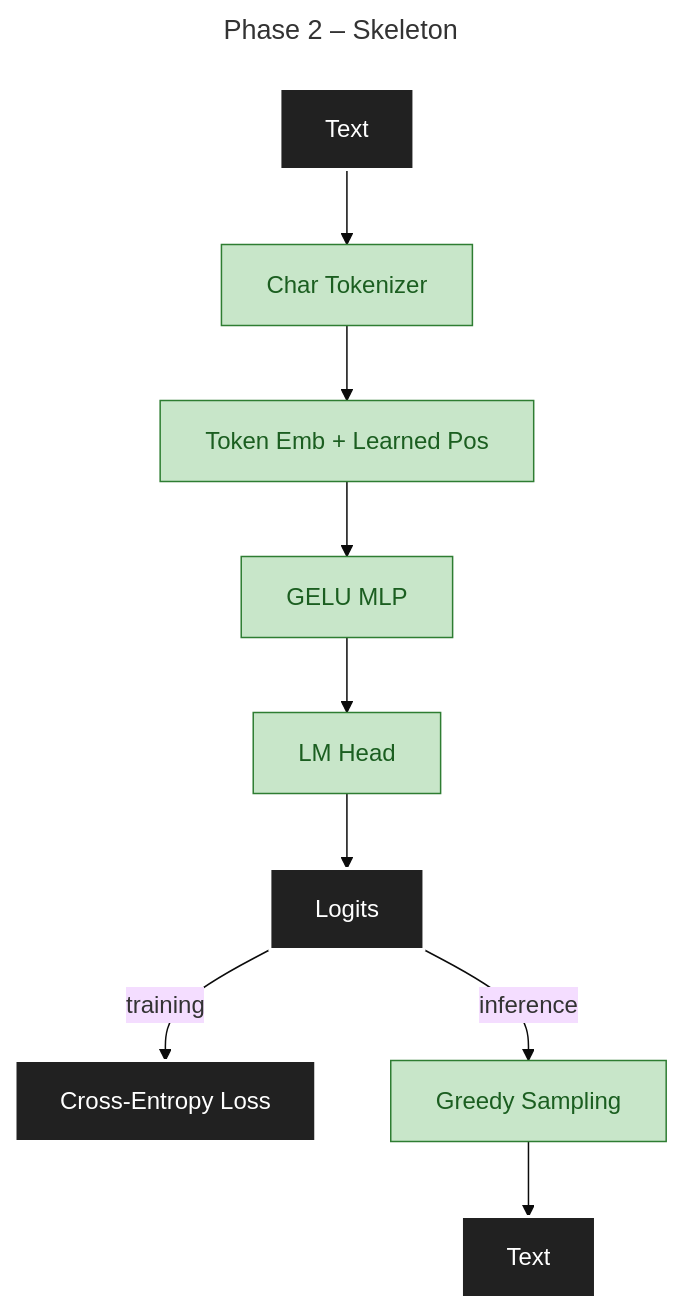
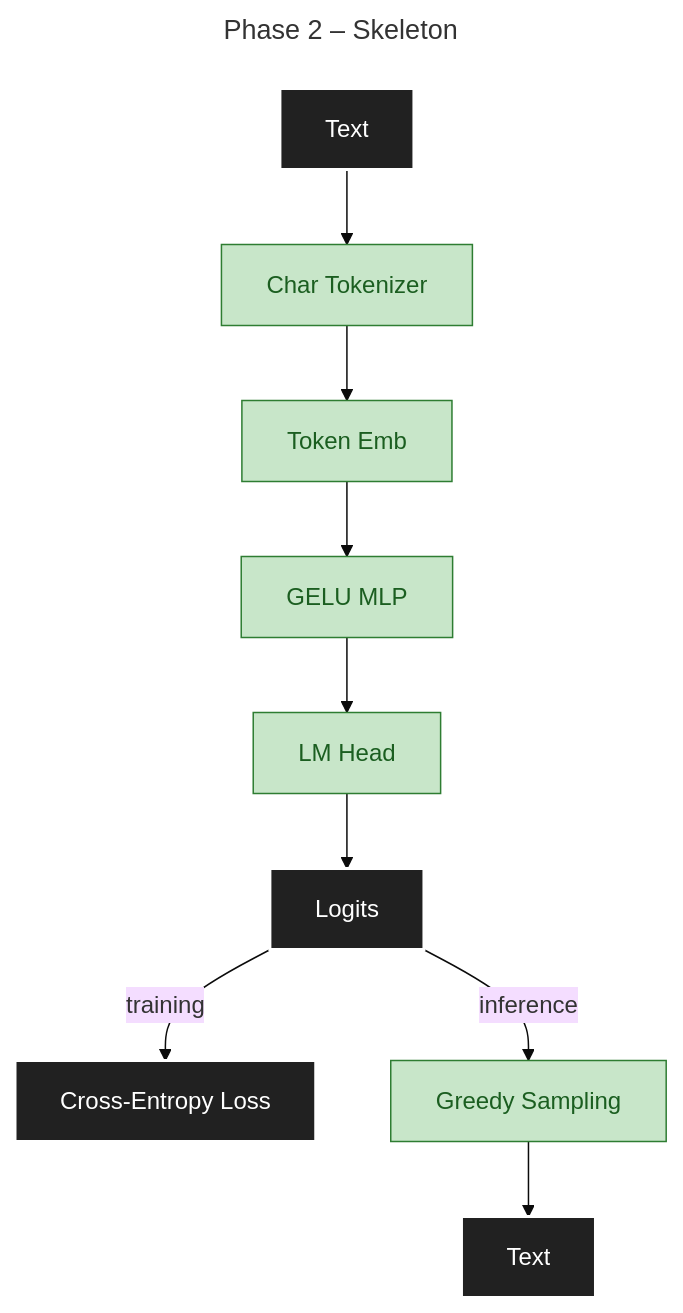
One commit to maxjbarfuss/max_llm changed the first of 7 diagrams in docs/DESIGN.md. Above: the diagram before and after it, drawn with Mermaid (base theme). The commit also changed other lines of this file, not shown here.

````diff
--- a/docs/DESIGN.md
+++ b/docs/DESIGN.md
@@ -33,11 +33,11 @@
 ```mermaid
 ---
 title: Phase 2 – Skeleton
 ---
 graph TD
-    A[Text]:::io --> B[Char Tokenizer]:::p2 --> C[Token Emb + Learned Pos]:::p2 --> D[GELU MLP]:::p2 --> E[LM Head]:::p2 --> F[Logits]:::io
+    A[Text]:::io --> B[Char Tokenizer]:::p2 --> C[Token Emb]:::p2 --> D[GELU MLP]:::p2 --> E[LM Head]:::p2 --> F[Logits]:::io
     F -->|training| G[Cross-Entropy Loss]:::io
     F -->|inference| H[Greedy Sampling]:::p2 --> I[Text]:::io
     classDef io fill:#212121,stroke:#FFFFFF,color:#FFFFFF,stroke-width:2px
     classDef p2 fill:#C8E6C9,stroke:#2E7D32,color:#1B5E20
 ```
````
